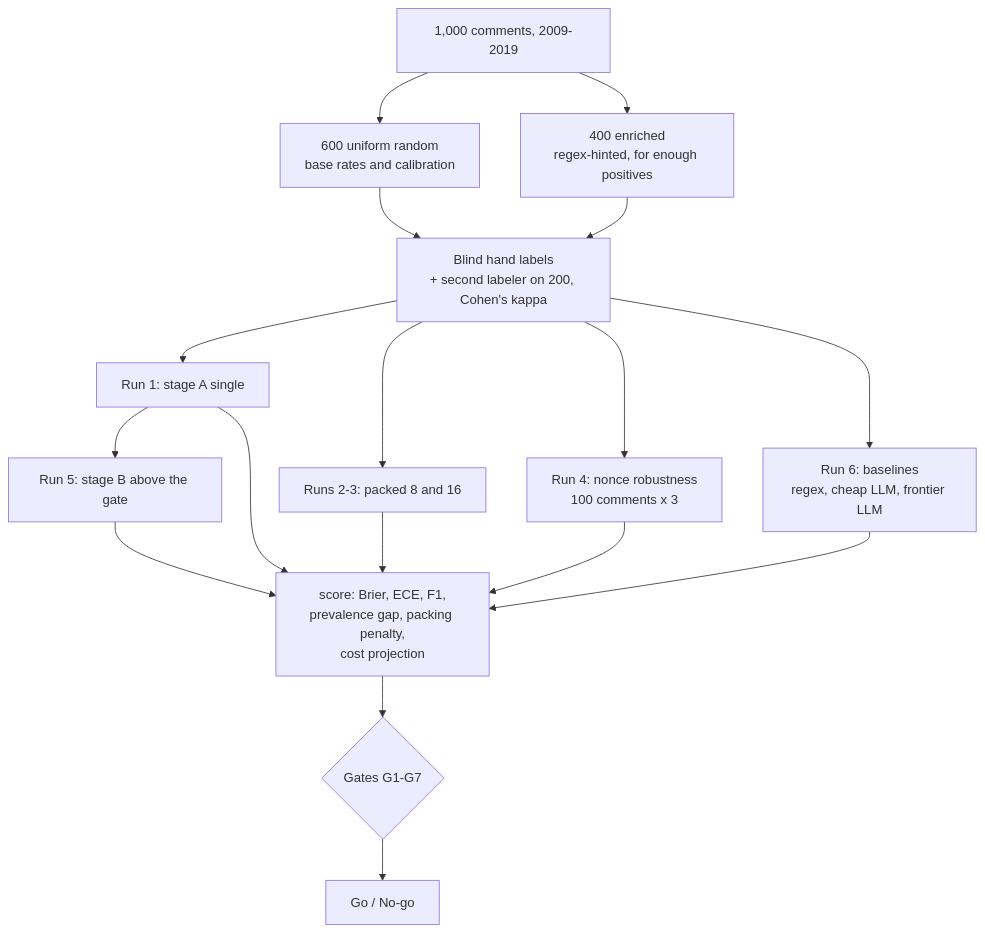
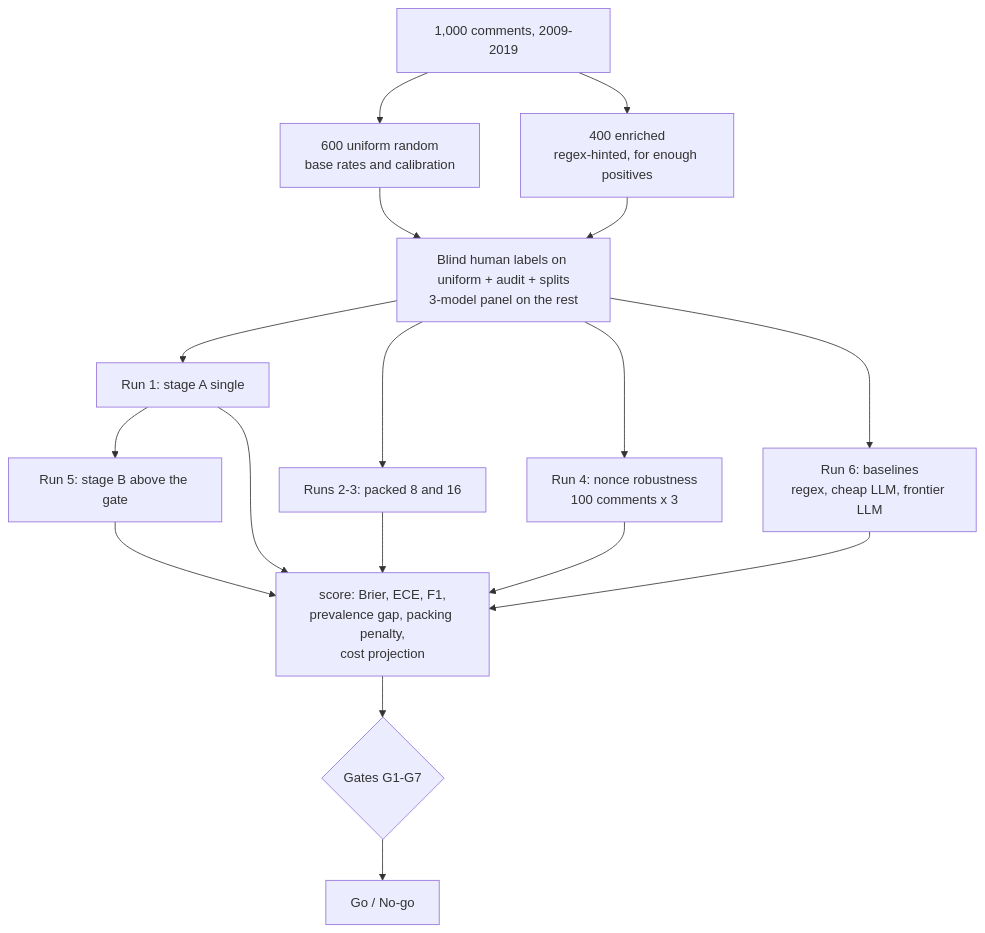
Before and after one commit to anthony-maio/hn-oracle: the second of 3 diagrams in README.md, drawn with Mermaid. The commit also changed other lines of this file and 8 other files, not shown here.

First line of the commit message:
Add three-model labeling panel (plan amendment A1)

````diff
--- a/README.md
+++ b/README.md
@@ -82,14 +82,14 @@
 ```mermaid
 flowchart TD
     S[1,000 comments, 2009-2019] --> U[600 uniform random<br/>base rates and calibration]
     S --> E[400 enriched<br/>regex-hinted, for enough positives]
-    U & E --> L[Blind hand labels<br/>+ second labeler on 200, Cohen's kappa]
+    U & E --> L[Blind human labels on uniform + audit + splits<br/>3-model panel on the rest]
     L --> R1[Run 1: stage A single]
     L --> R2[Runs 2-3: packed 8 and 16]
     L --> R4[Run 4: nonce robustness<br/>100 comments x 3]
     R1 --> R5[Run 5: stage B above the gate]
     L --> R6[Run 6: baselines<br/>regex, cheap LLM, frontier LLM]
     R1 & R2 & R4 & R5 & R6 --> SC[score: Brier, ECE, F1,<br/>prevalence gap, packing penalty,<br/>cost projection]
     SC --> G{Gates G1-G7}
     G --> GO[Go / No-go]
 ```
````
